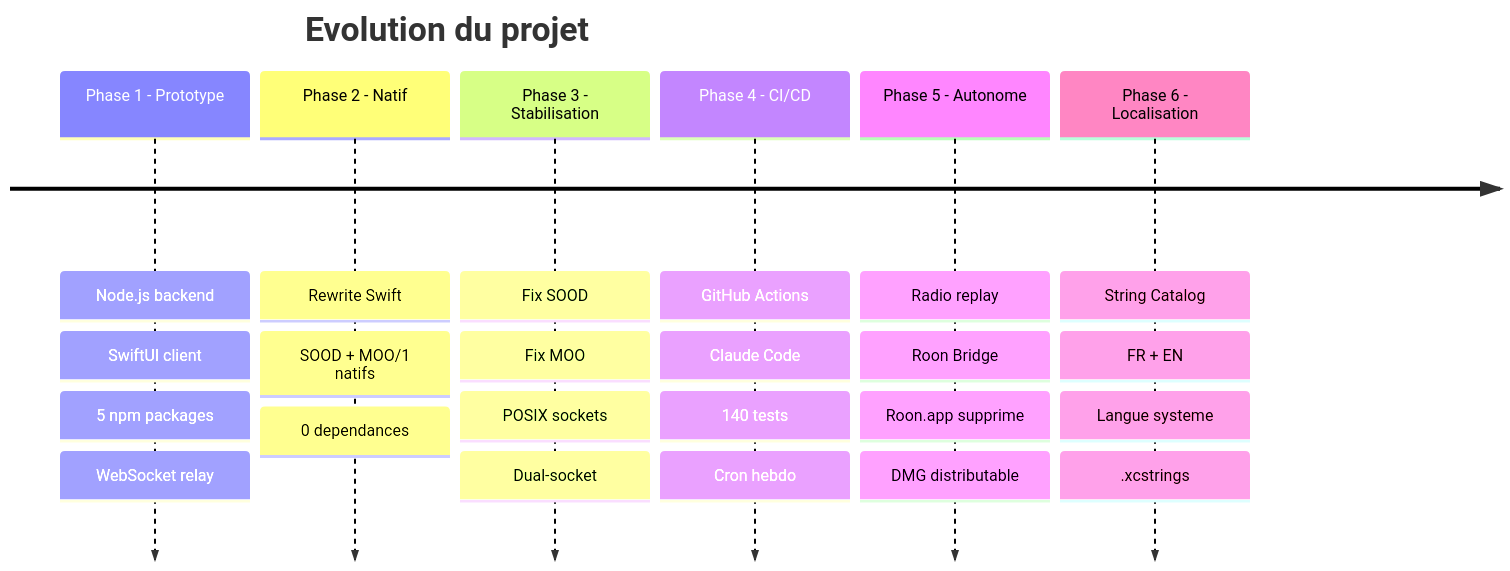
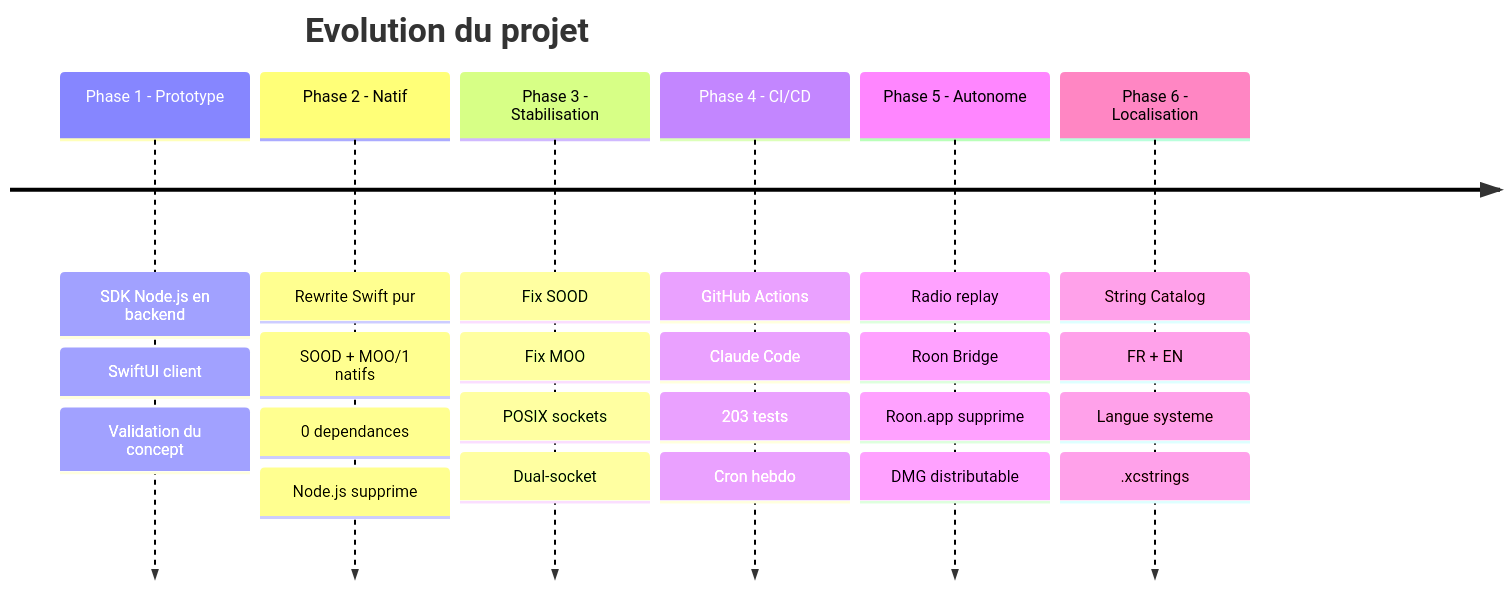
The seventh of 7 diagrams in docs/PRESENTATION.md (renesenses/roon-controller), drawn with Mermaid before and after one commit. The commit also changed other lines of this file and 1 other file, not shown here.

First line of the commit message:
Update presentation docs: fix Electron→dotnet, reframe Node.js sections, update test count to 203

````diff
--- a/docs/PRESENTATION.md
+++ b/docs/PRESENTATION.md
@@ -447,10 +454,10 @@
 ```mermaid
 timeline
     title Evolution du projet
-    Phase 1 - Prototype : Node.js backend : SwiftUI client : 5 npm packages : WebSocket relay
-    Phase 2 - Natif : Rewrite Swift : SOOD + MOO/1 natifs : 0 dependances
+    Phase 1 - Prototype : SDK Node.js en backend : SwiftUI client : Validation du concept
+    Phase 2 - Natif : Rewrite Swift pur : SOOD + MOO/1 natifs : 0 dependances : Node.js supprime
     Phase 3 - Stabilisation : Fix SOOD : Fix MOO : POSIX sockets : Dual-socket
-    Phase 4 - CI/CD : GitHub Actions : Claude Code : 140 tests : Cron hebdo
+    Phase 4 - CI/CD : GitHub Actions : Claude Code : 203 tests : Cron hebdo
     Phase 5 - Autonome : Radio replay : Roon Bridge : Roon.app supprime : DMG distributable
     Phase 6 - Localisation : String Catalog : FR + EN : Langue systeme : .xcstrings
 ```
````
